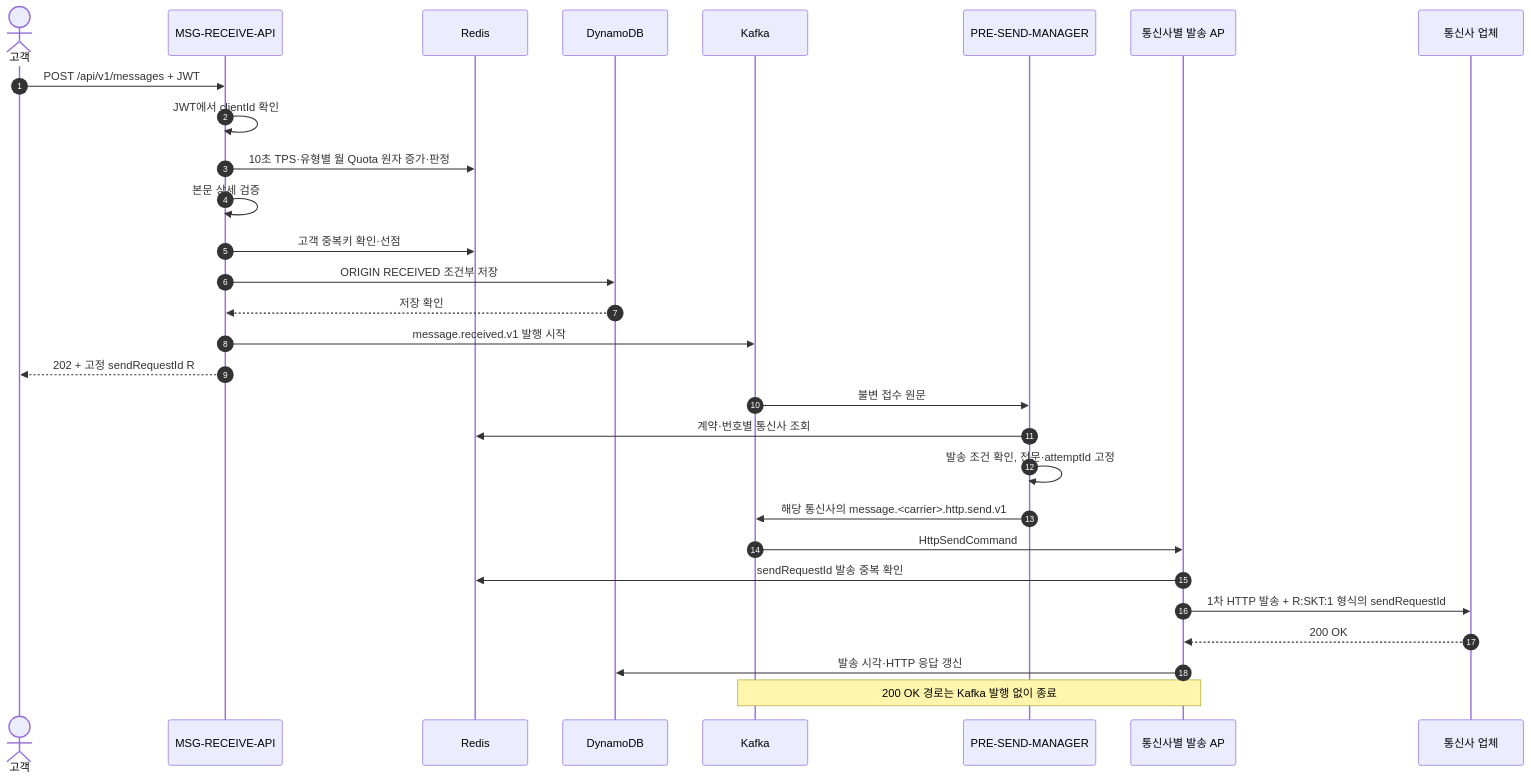
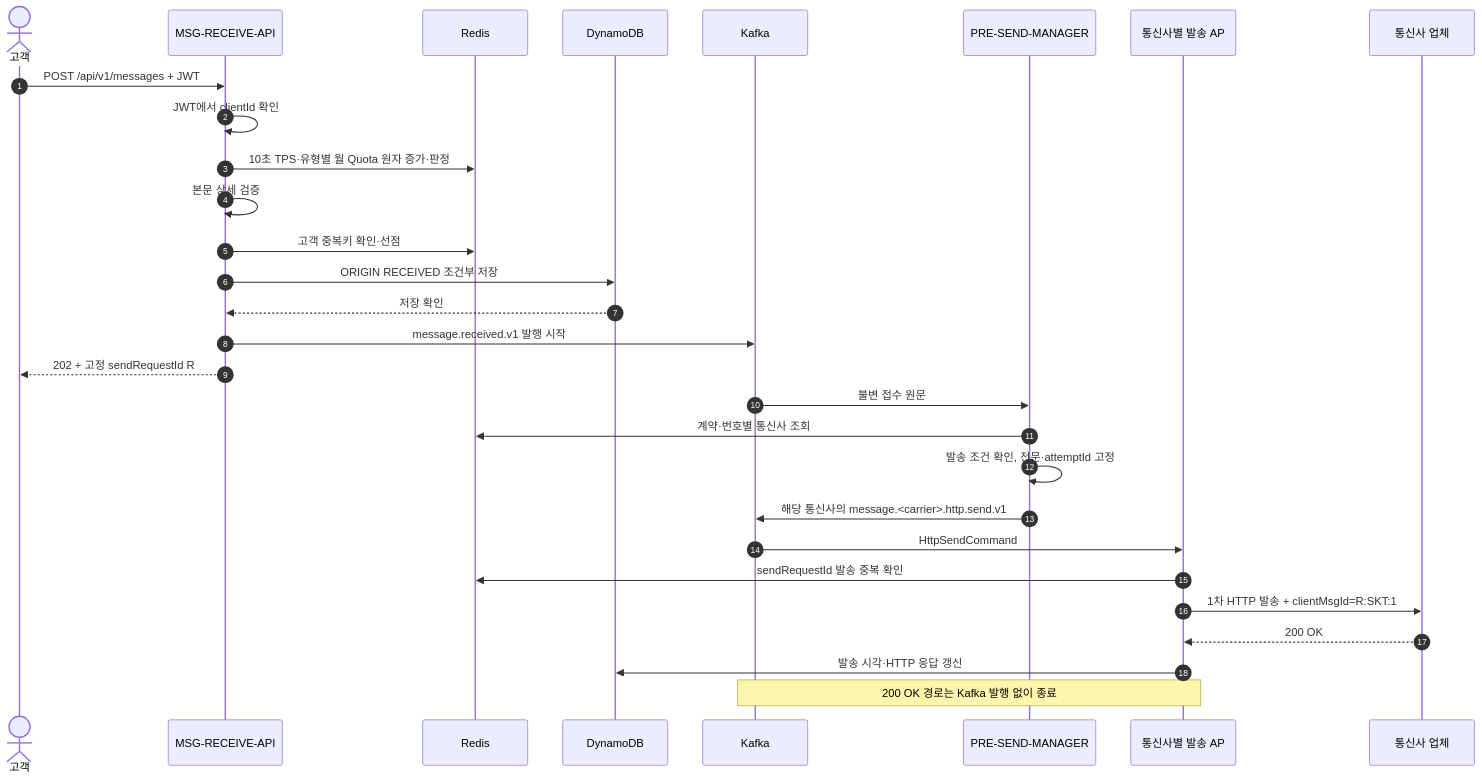
Before and after one commit to hyun-seung/High-throughput-event-platform: the first of 10 diagrams in docs/53-신규-메시지-케이스별-Call-Flow.md, drawn with Mermaid. The commit also changed other lines of this file and 9 other files, not shown here.

````diff
--- a/docs/53-신규-메시지-케이스별-Call-Flow.md
+++ b/docs/53-신규-메시지-케이스별-Call-Flow.md
@@ -45,31 +45,31 @@
 ```mermaid
 sequenceDiagram
     autonumber
     actor C as 고객
     participant A as MSG-RECEIVE-API
     participant R as Redis
     participant D as DynamoDB
     participant K as Kafka
     participant M as PRE-SEND-MANAGER
     participant S as 통신사별 발송 AP
     participant P as 통신사 업체
     C->>A: POST /api/v1/messages + JWT
     A->>A: JWT에서 clientId 확인
     A->>R: 10초 TPS·유형별 월 Quota 원자 증가·판정
     A->>A: 본문 상세 검증
     A->>R: 고객 중복키 확인·선점
     A->>D: ORIGIN RECEIVED 조건부 저장
     D-->>A: 저장 확인
     A->>K: message.received.v1 발행 시작
     A-->>C: 202 + 고정 sendRequestId R
     K->>M: 불변 접수 원문
     M->>R: 계약·번호별 통신사 조회
     M->>M: 발송 조건 확인, 전문·attemptId 고정
     M->>K: 해당 통신사의 message.<carrier>.http.send.v1
     K->>S: HttpSendCommand
     S->>R: sendRequestId 발송 중복 확인
-    S->>P: 1차 HTTP 발송 + R:SKT:1 형식의 sendRequestId
+    S->>P: 1차 HTTP 발송 + clientMsgId=R:SKT:1
     P-->>S: 200 OK
     S->>D: 발송 시각·HTTP 응답 갱신
     Note over S,K: 200 OK 경로는 Kafka 발행 없이 종료
 ```
````
